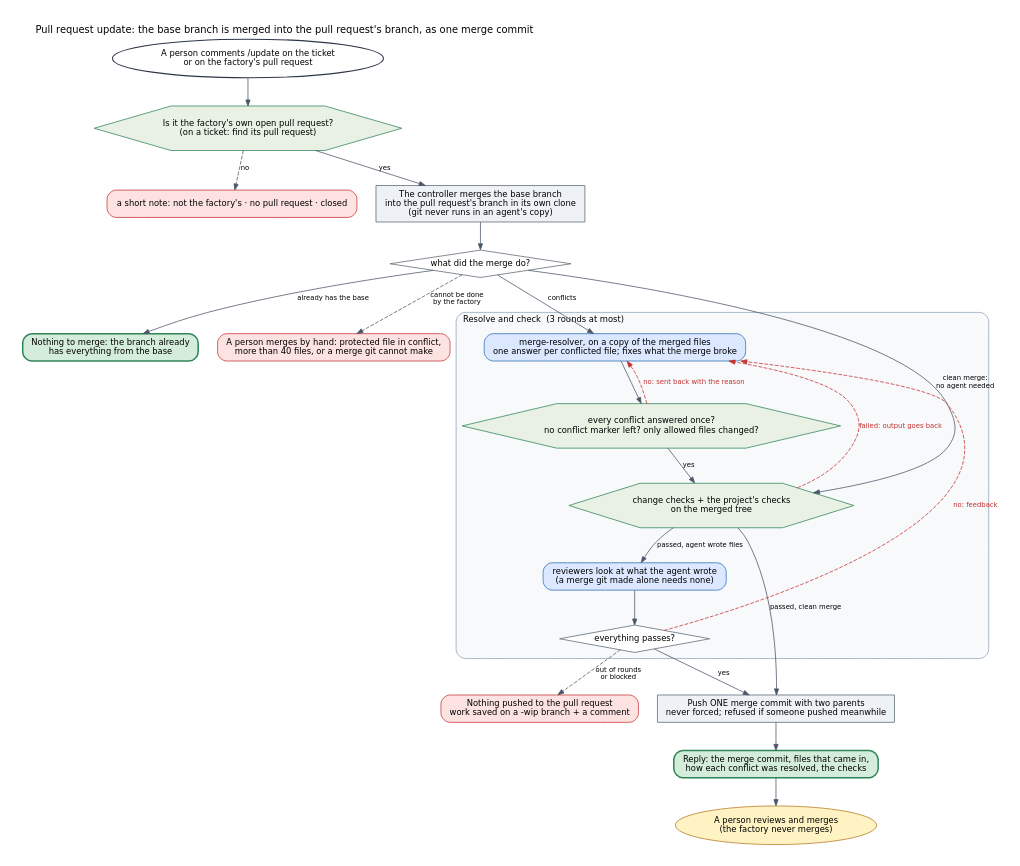
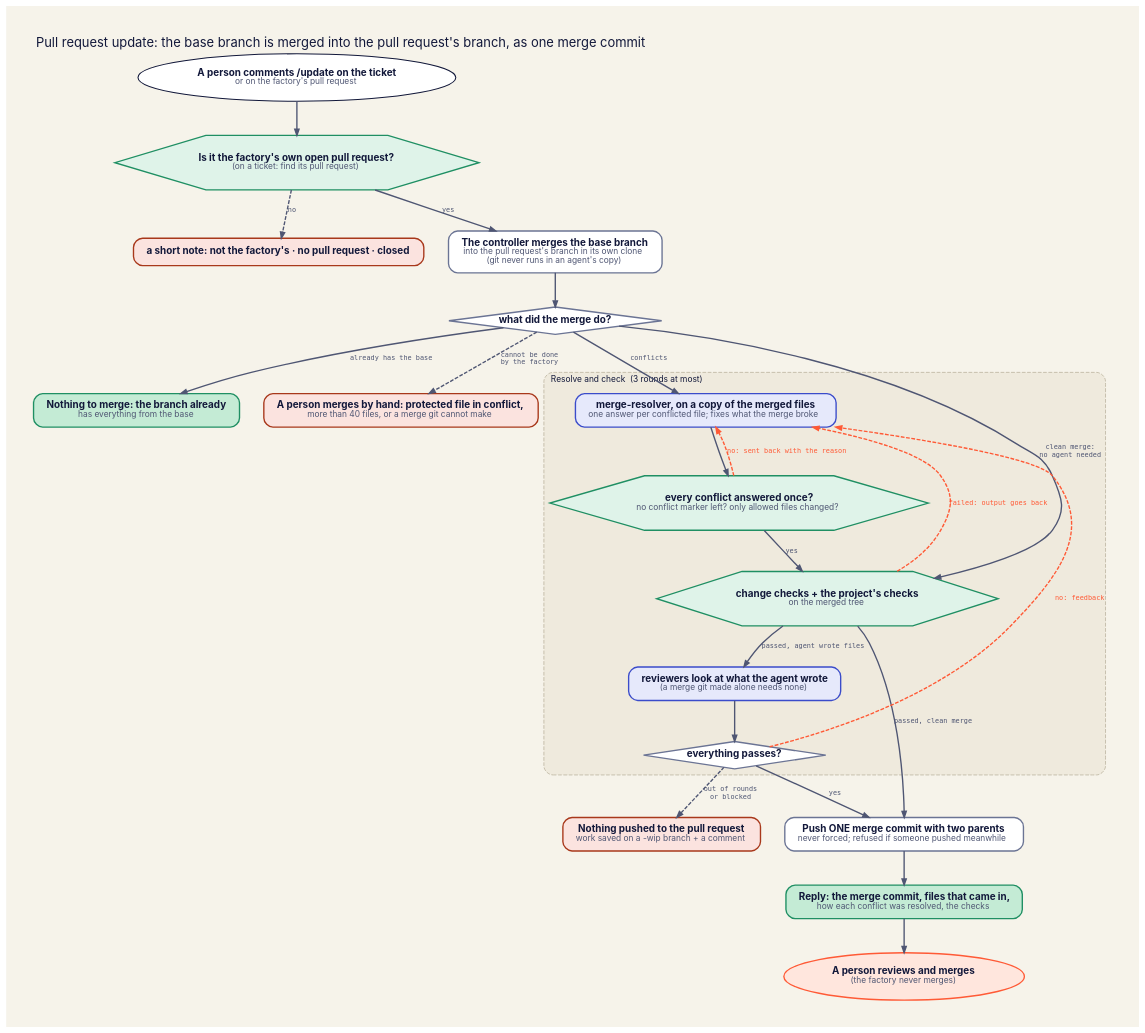
One commit to ai-sdlc-factory/ai-sdlc-factory changed the diagram in docs/diagrams/pr-update.dot. Above: the diagram before and after it, drawn with Graphviz. The commit also changed 24 other files, not shown here.

First line of the commit message:
Restyle docs diagrams to match the website

```diff
--- a/docs/diagrams/pr-update.dot
+++ b/docs/diagrams/pr-update.dot
@@ -1,47 +1,47 @@
 digraph pr_update {
-  graph [rankdir=TB, fontname="DejaVu Sans", fontsize=13, bgcolor=white, pad=0.3, nodesep=0.35, ranksep=0.5, labelloc=t, labeljust=l, compound=true];
-  node  [fontname="DejaVu Sans", fontsize=11, shape=box, style="rounded,filled", margin="0.15,0.08", fillcolor="#eef2f6", color="#5b6773"];
-  edge  [fontname="DejaVu Sans", fontsize=9, color="#4a5568", arrowsize=0.8];
+  graph [rankdir=TB, fontname="Inter",  bgcolor="#f6f3ea", pad=0.5, nodesep=0.45, ranksep=0.60, fontcolor="#12183a", fontsize=17, labelloc=t, labeljust=l, compound=true];
+  node  [fontname="Inter", fontsize=13, fontcolor="#12183a", penwidth=1.8, shape=box, style="rounded,filled", margin="0.24,0.14", fillcolor="#ffffff", color="#6b7494"];
+  edge  [fontname="DejaVu Sans Mono", fontsize=9, fontcolor="#4f5673", penwidth=1.8, arrowhead=normal, color="#4f5673", arrowsize=0.8];
   label="Pull request update: the base branch is merged into the pull request's branch, as one merge commit";
 
-  start  [label="A person comments /update on the ticket\nor on the factory's pull request", shape=oval, style="filled", fillcolor="#ffffff", color="#2d3748", penwidth=1.4];
-  rules  [label="Is it the factory's own open pull request?\n(on a ticket: find its pull request)", shape=hexagon, style="filled", fillcolor="#e8f1e4", color="#2f855a"];
-  refuse [label="a short note: not the factory's · no pull request · closed", shape=box, style="rounded,filled", fillcolor="#fde2e2", color="#c53030"];
-  merge  [label="The controller merges the base branch\ninto the pull request's branch in its own clone\n(git never runs in an agent's copy)", shape=box, style="filled", fillcolor="#eef2f6", color="#5b6773"];
-  state  [label="what did the merge do?", shape=diamond, style="filled", fillcolor="#ffffff", color="#5b6773", margin="0.05,0.05"];
-  uptodate [label="Nothing to merge: the branch already\nhas everything from the base", shape=box, style="rounded,filled,bold", fillcolor="#d4edda", color="#2f855a"];
-  giveup [label="A person merges by hand: protected file in conflict,\nmore than 40 files, or a merge git cannot make", shape=box, style="rounded,filled", fillcolor="#fde2e2", color="#c53030"];
+  start  [label=<<B>A person comments /update on the ticket</B><BR/><FONT COLOR="#4f5673" POINT-SIZE="11">or on the factory's pull request</FONT>>, shape=oval, style="filled", fillcolor="#ffffff", color="#12183a", penwidth=1.4];
+  rules  [label=<<B>Is it the factory's own open pull request?</B><BR/><FONT COLOR="#4f5673" POINT-SIZE="11">(on a ticket: find its pull request)</FONT>>, shape=hexagon, style="filled", fillcolor="#dff3e9", color="#1f8f63"];
+  refuse [label=<<B>a short note: not the factory's · no pull request · closed</B>>, shape=box, style="rounded,filled", fillcolor="#fbe3df", color="#a8381b"];
+  merge  [label=<<B>The controller merges the base branch</B><BR/><FONT COLOR="#4f5673" POINT-SIZE="11">into the pull request's branch in its own clone</FONT><BR/><FONT COLOR="#4f5673" POINT-SIZE="11">(git never runs in an agent's copy)</FONT>>, shape=box, style="rounded,filled", fillcolor="#ffffff", color="#6b7494"];
+  state  [label=<<B>what did the merge do?</B>>, shape=diamond, style="filled", fillcolor="#ffffff", color="#6b7494", margin="0.05,0.05"];
+  uptodate [label=<<B>Nothing to merge: the branch already</B><BR/><FONT COLOR="#4f5673" POINT-SIZE="11">has everything from the base</FONT>>, shape=box, style="rounded,filled,bold", fillcolor="#c4ebd5", color="#1f8f63"];
+  giveup [label=<<B>A person merges by hand: protected file in conflict,</B><BR/><FONT COLOR="#4f5673" POINT-SIZE="11">more than 40 files, or a merge git cannot make</FONT>>, shape=box, style="rounded,filled", fillcolor="#fbe3df", color="#a8381b"];
 
   subgraph cluster_loop {
-    label="Resolve and check  (3 rounds at most)"; style="rounded,filled"; color="#8fa3b8"; fillcolor="#f7f9fb"; fontsize=11;
-    resolver [label="merge-resolver, on a copy of the merged files\none answer per conflicted file; fixes what the merge broke", shape=box, style="rounded,filled", fillcolor="#dbe8ff", color="#2b6cb0"];
-    markers  [label="every conflict answered once?\nno conflict marker left? only allowed files changed?", shape=hexagon, style="filled", fillcolor="#e8f1e4", color="#2f855a"];
-    checks   [label="change checks + the project's checks\non the merged tree", shape=hexagon, style="filled", fillcolor="#e8f1e4", color="#2f855a"];
-    reviewers[label="reviewers look at what the agent wrote\n(a merge git made alone needs none)", shape=box, style="rounded,filled", fillcolor="#dbe8ff", color="#2b6cb0"];
-    ok       [label="everything passes?", shape=diamond, style="filled", fillcolor="#ffffff", color="#5b6773", margin="0.05,0.05"];
+    label="Resolve and check  (3 rounds at most)"; style="rounded,filled,dashed"; color="#b9b29c"; fillcolor="#efeadd"; fontsize=11;
+    resolver [label=<<B>merge-resolver, on a copy of the merged files</B><BR/><FONT COLOR="#4f5673" POINT-SIZE="11">one answer per conflicted file; fixes what the merge broke</FONT>>, shape=box, style="rounded,filled", fillcolor="#e6e9fb", color="#3b4cca"];
+    markers  [label=<<B>every conflict answered once?</B><BR/><FONT COLOR="#4f5673" POINT-SIZE="11">no conflict marker left? only allowed files changed?</FONT>>, shape=hexagon, style="filled", fillcolor="#dff3e9", color="#1f8f63"];
+    checks   [label=<<B>change checks + the project's checks</B><BR/><FONT COLOR="#4f5673" POINT-SIZE="11">on the merged tree</FONT>>, shape=hexagon, style="filled", fillcolor="#dff3e9", color="#1f8f63"];
+    reviewers[label=<<B>reviewers look at what the agent wrote</B><BR/><FONT COLOR="#4f5673" POINT-SIZE="11">(a merge git made alone needs none)</FONT>>, shape=box, style="rounded,filled", fillcolor="#e6e9fb", color="#3b4cca"];
+    ok       [label=<<B>everything passes?</B>>, shape=diamond, style="filled", fillcolor="#ffffff", color="#6b7494", margin="0.05,0.05"];
   }
-  push   [label="Push ONE merge commit with two parents\nnever forced; refused if someone pushed meanwhile", shape=box, style="filled", fillcolor="#eef2f6", color="#5b6773"];
-  reply  [label="Reply: the merge commit, files that came in,\nhow each conflict was resolved, the checks", shape=box, style="rounded,filled,bold", fillcolor="#d4edda", color="#2f855a"];
-  again  [label="A person reviews and merges\n(the factory never merges)", shape=ellipse, style="filled", fillcolor="#fff3c4", color="#b7791f"];
-  wip    [label="Nothing pushed to the pull request\nwork saved on a -wip branch + a comment", shape=box, style="rounded,filled", fillcolor="#fde2e2", color="#c53030"];
+  push   [label=<<B>Push ONE merge commit with two parents</B><BR/><FONT COLOR="#4f5673" POINT-SIZE="11">never forced; refused if someone pushed meanwhile</FONT>>, shape=box, style="rounded,filled", fillcolor="#ffffff", color="#6b7494"];
+  reply  [label=<<B>Reply: the merge commit, files that came in,</B><BR/><FONT COLOR="#4f5673" POINT-SIZE="11">how each conflict was resolved, the checks</FONT>>, shape=box, style="rounded,filled,bold", fillcolor="#c4ebd5", color="#1f8f63"];
+  again  [label=<<B>A person reviews and merges</B><BR/><FONT COLOR="#4f5673" POINT-SIZE="11">(the factory never merges)</FONT>>, shape=ellipse, style="filled", fillcolor="#ffe6dd", color="#ff5a36"];
+  wip    [label=<<B>Nothing pushed to the pull request</B><BR/><FONT COLOR="#4f5673" POINT-SIZE="11">work saved on a -wip branch + a comment</FONT>>, shape=box, style="rounded,filled", fillcolor="#fbe3df", color="#a8381b"];
 
   start -> rules;
   rules -> refuse [label="no", style=dashed];
   rules -> merge [label="yes"];
   merge -> state;
   state -> uptodate [label="already has the base"];
   state -> giveup [label="cannot be done\nby the factory", style=dashed];
   state -> resolver [label="conflicts"];
   state -> checks [label="clean merge:\nno agent needed"];
   resolver -> markers;
-  markers -> resolver [label="no: sent back with the reason", style=dashed, color="#c53030", fontcolor="#c53030", constraint=false];
+  markers -> resolver [label="no: sent back with the reason", style=dashed, color="#ff5a36", fontcolor="#ff5a36", constraint=false];
   markers -> checks [label="yes"];
   checks -> reviewers [label="passed, agent wrote files"];
   checks -> push [label="passed, clean merge"];
-  checks -> resolver [label="failed: output goes back", style=dashed, color="#c53030", fontcolor="#c53030", constraint=false];
+  checks -> resolver [label="failed: output goes back", style=dashed, color="#ff5a36", fontcolor="#ff5a36", constraint=false];
   reviewers -> ok;
   ok -> push [label="yes"];
-  ok -> resolver [label="no: feedback", style=dashed, color="#c53030", fontcolor="#c53030", constraint=false];
+  ok -> resolver [label="no: feedback", style=dashed, color="#ff5a36", fontcolor="#ff5a36", constraint=false];
   ok -> wip [label="out of rounds\nor blocked", style=dashed];
   push -> reply -> again;
 }
```
